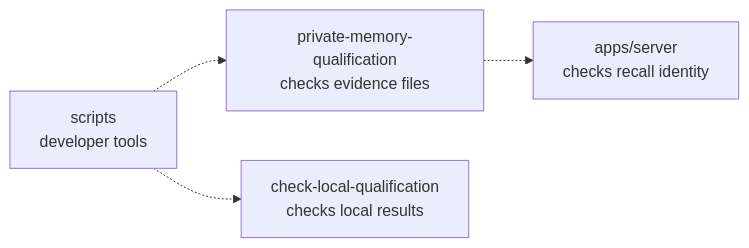
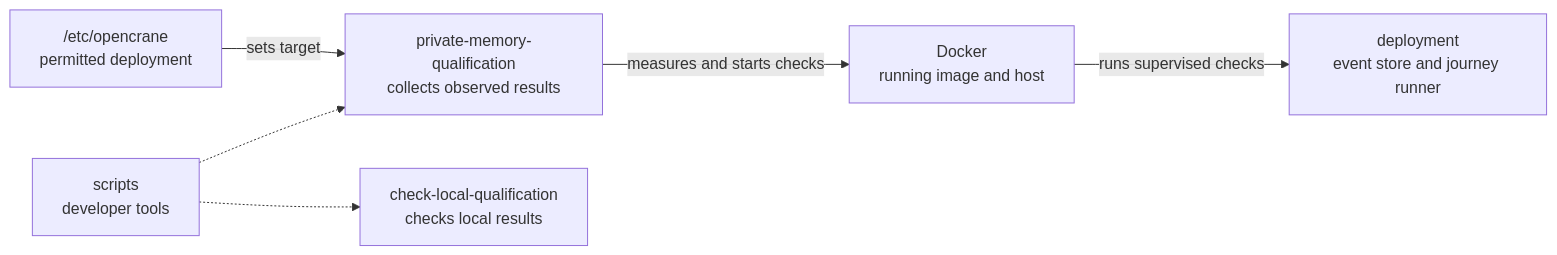
One commit to elewa-git/opencrane-new changed the diagram in scripts/private-memory-qualification/README.md. Above: the diagram before and after it, drawn with Mermaid. The commit also changed other lines of this file and 11 other files, not shown here.

First line of the commit message:
🧠 Memory qualification is collected from the deployment itself, for its own silo only, and hung journeys are stopped (#834)

````diff
--- a/scripts/private-memory-qualification/README.md
+++ b/scripts/private-memory-qualification/README.md
@@ -14,6 +15,8 @@
 ```mermaid
 flowchart LR
-  scripts["scripts<br/>developer tools"] -.-> collector["private-memory-qualification<br/>checks evidence files"]
+  scripts["scripts<br/>developer tools"] -.-> collector["private-memory-qualification<br/>collects observed results"]
   scripts -.-> sibling["check-local-qualification<br/>checks local results"]
-  collector -.-> server["apps/server<br/>checks recall identity"]
+  config["/etc/opencrane<br/>permitted deployment"] -->|sets target| collector
+  collector -->|measures and starts checks| docker["Docker<br/>running image and host"]
+  docker -->|runs supervised checks| deployment["deployment<br/>event store and journey runner"]
 ```
````
